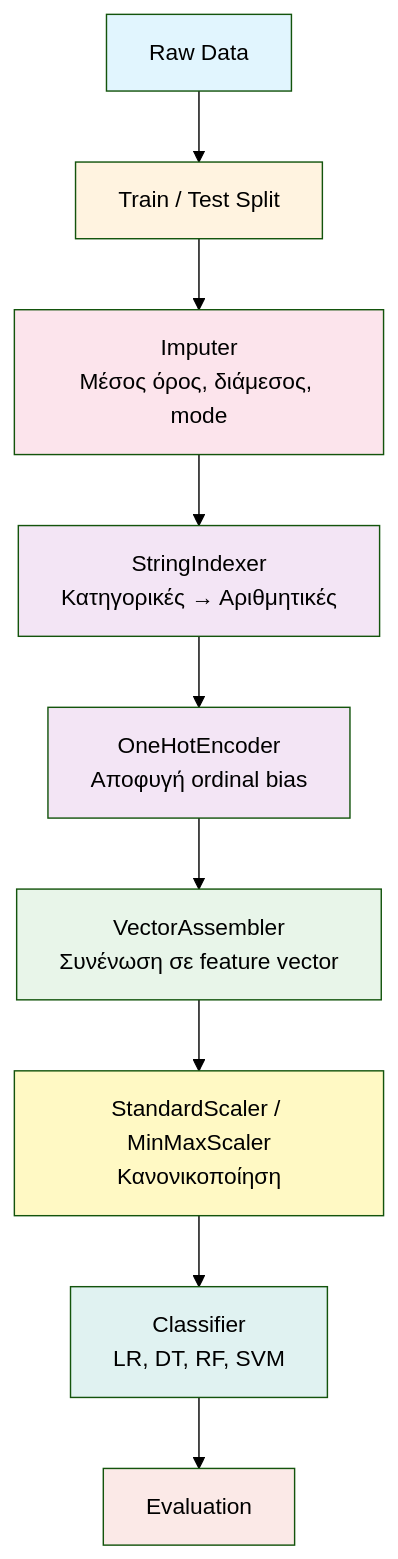
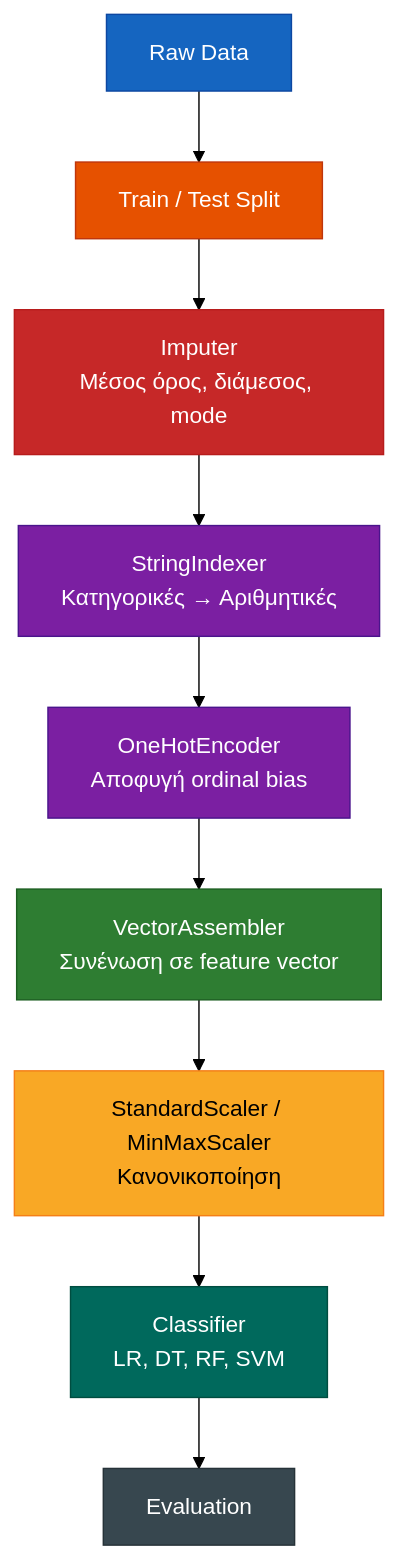
One commit to Ma1cOS/Big-Data changed the second of 5 diagrams in README.md. Above: the diagram before and after it, drawn with Mermaid (forest theme). The commit also changed other lines of this file, not shown here.

First line of the commit message:
Διόρθωση Mermaid διαγραμμάτων: dark-mode χρώματα & σειριακό Gantt

````diff
--- a/README.md
+++ b/README.md
@@ -94,21 +102,29 @@
 ```mermaid
 flowchart TD
     RAW[Raw Data] --> SPLIT[Train / Test Split]
     SPLIT --> IMP[Imputer\nΜέσος όρος, διάμεσος, mode]
     IMP --> IDX[StringIndexer\nΚατηγορικές → Αριθμητικές]
     IDX --> ENC[OneHotEncoder\nΑποφυγή ordinal bias]
     ENC --> ASM[VectorAssembler\nΣυνένωση σε feature vector]
     ASM --> SCL[StandardScaler / MinMaxScaler\nΚανονικοποίηση]
     SCL --> CLS[Classifier\nLR, DT, RF, SVM]
     CLS --> EVAL[Evaluation]
 
-    style RAW fill:#e1f5fe
-    style SPLIT fill:#fff3e0
-    style IMP fill:#fce4ec
-    style IDX fill:#f3e5f5
-    style ENC fill:#f3e5f5
-    style ASM fill:#e8f5e9
-    style SCL fill:#fff9c4
-    style CLS fill:#e0f2f1
-    style EVAL fill:#fbe9e7
+    classDef blue fill:#1565c0,color:#fff,stroke:#0d47a1
+    classDef orange fill:#e65100,color:#fff,stroke:#bf360c
+    classDef red fill:#c62828,color:#fff,stroke:#b71c1c
+    classDef purple fill:#7b1fa2,color:#fff,stroke:#4a148c
+    classDef green fill:#2e7d32,color:#fff,stroke:#1b5e20
+    classDef amber fill:#f9a825,color:#000,stroke:#f57f17
+    classDef teal fill:#00695c,color:#fff,stroke:#004d40
+    classDef grey fill:#37474f,color:#fff,stroke:#263238
+    class RAW blue
+    class SPLIT orange
+    class IMP red
+    class IDX purple
+    class ENC purple
+    class ASM green
+    class SCL amber
+    class CLS teal
+    class EVAL grey
 ```
````
